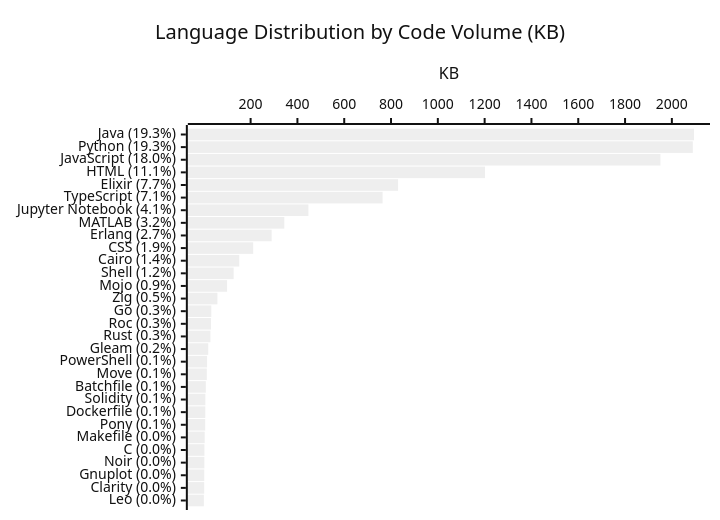
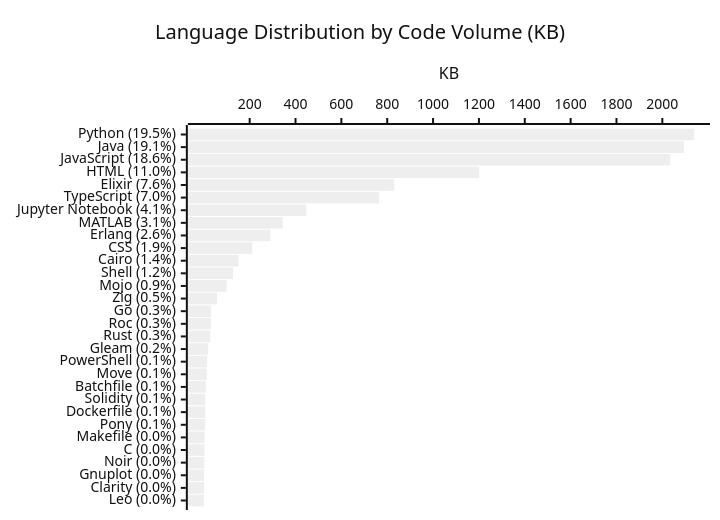
One commit to KathiraveluLab/.github changed the diagram in profile/README.md. Above: the diagram before and after it, drawn with Mermaid (neutral theme). The commit also changed other lines of this file and 1 other file, not shown here.

````diff
--- a/profile/README.md
+++ b/profile/README.md
@@ -75,7 +75,7 @@
 ```mermaid
 xychart-beta horizontal
     title "Language Distribution by Code Volume (KB)"
-    x-axis ["Java (19.3%)", "Python (19.3%)", "JavaScript (18.0%)", "HTML (11.1%)", "Elixir (7.7%)", "TypeScript (7.1%)", "Jupyter Notebook (4.1%)", "MATLAB (3.2%)", "Erlang (2.7%)", "CSS (1.9%)", "Cairo (1.4%)", "Shell (1.2%)", "Mojo (0.9%)", "Zig (0.5%)", "Go (0.3%)", "Roc (0.3%)", "Rust (0.3%)", "Gleam (0.2%)", "PowerShell (0.1%)", "Move (0.1%)", "Batchfile (0.1%)", "Solidity (0.1%)", "Dockerfile (0.1%)", "Pony (0.1%)", "Makefile (0.0%)", "C (0.0%)", "Noir (0.0%)", "Gnuplot (0.0%)", "Clarity (0.0%)", "Leo (0.0%)"]
+    x-axis ["Python (19.5%)", "Java (19.1%)", "JavaScript (18.6%)", "HTML (11.0%)", "Elixir (7.6%)", "TypeScript (7.0%)", "Jupyter Notebook (4.1%)", "MATLAB (3.1%)", "Erlang (2.6%)", "CSS (1.9%)", "Cairo (1.4%)", "Shell (1.2%)", "Mojo (0.9%)", "Zig (0.5%)", "Go (0.3%)", "Roc (0.3%)", "Rust (0.3%)", "Gleam (0.2%)", "PowerShell (0.1%)", "Move (0.1%)", "Batchfile (0.1%)", "Solidity (0.1%)", "Dockerfile (0.1%)", "Pony (0.1%)", "Makefile (0.0%)", "C (0.0%)", "Noir (0.0%)", "Gnuplot (0.0%)", "Clarity (0.0%)", "Leo (0.0%)"]
     y-axis "KB"
-    bar [2094.5, 2089.51, 1951.07, 1201.32, 830.13, 763.92, 446.91, 343.93, 289.93, 211.09, 151.31, 127.55, 99.52, 58.12, 32.03, 30.88, 28.25, 18.9, 13.91, 12.89, 8.48, 6.65, 6.34, 6.01, 3.74, 2.58, 2.46, 1.82, 1.53, 0.26]
+    bar [2138.01, 2094.5, 2035.03, 1201.32, 830.13, 763.92, 446.91, 343.93, 289.93, 211.09, 151.31, 127.55, 99.52, 58.12, 32.03, 30.88, 28.25, 18.9, 13.91, 12.89, 8.48, 6.65, 6.34, 6.01, 3.74, 2.58, 2.46, 1.82, 1.53, 0.26]
 ```
````
